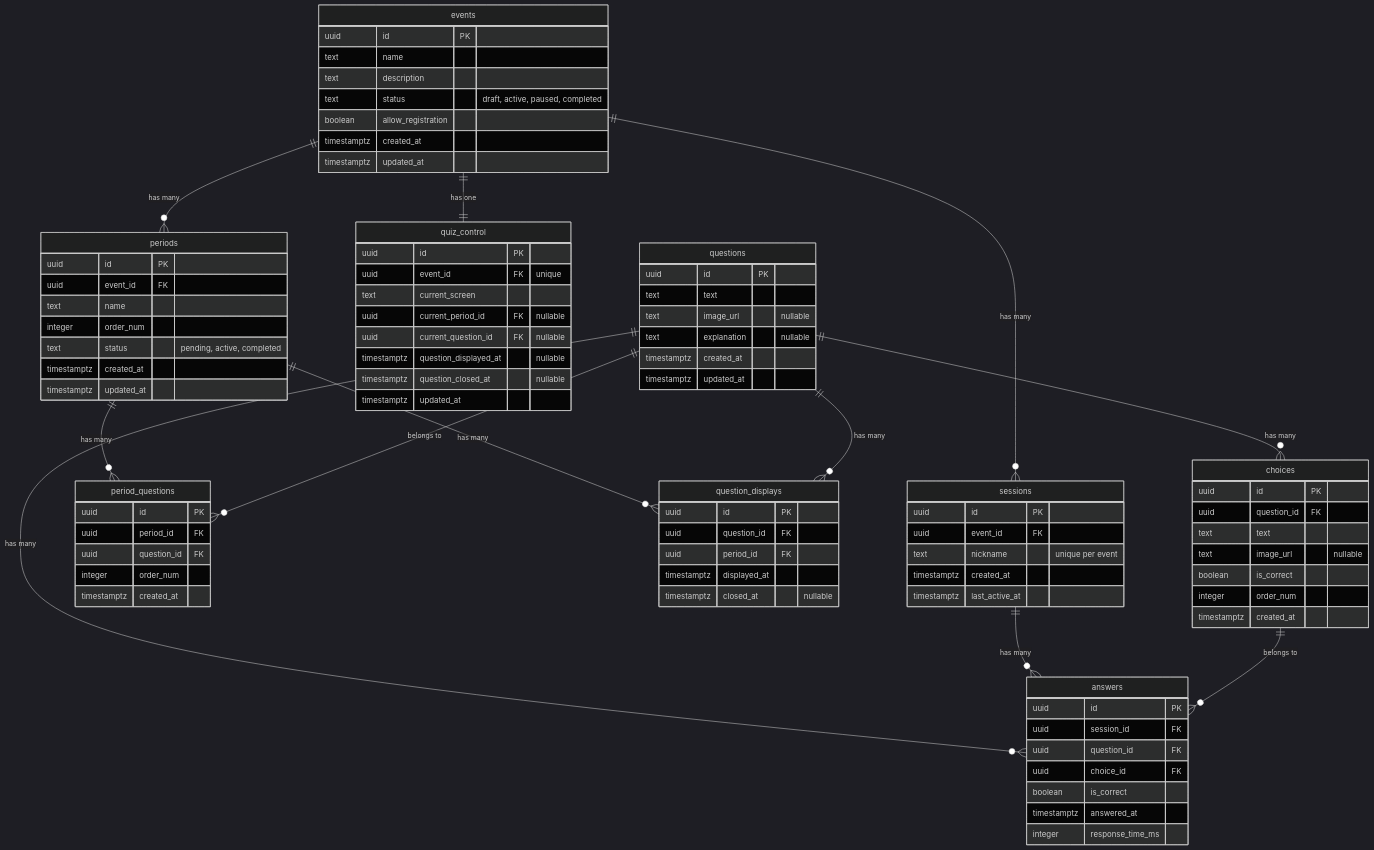
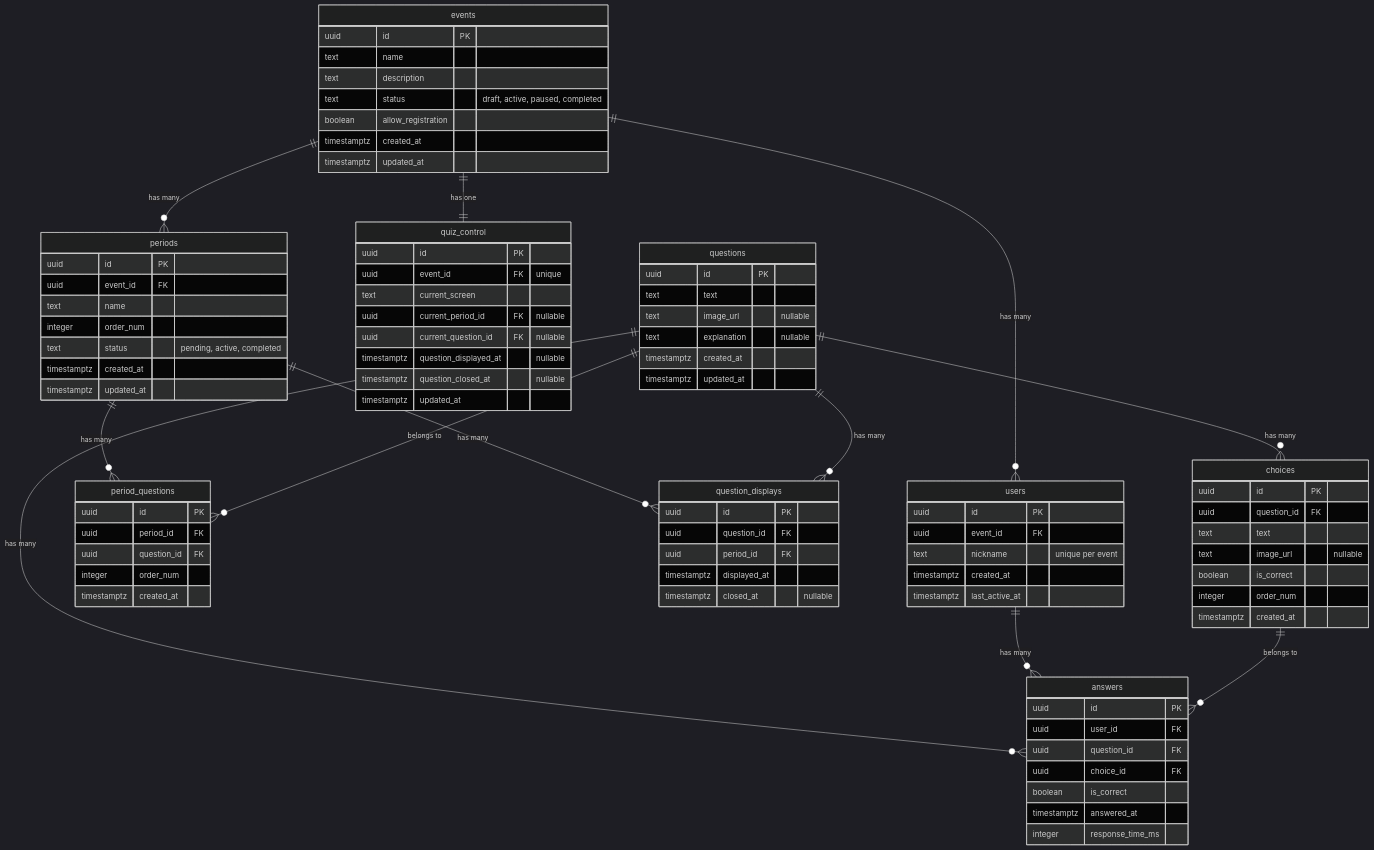
Before and after one commit to maaaaakoto35/PeriodQuiz: the diagram in docs/development/database.md, drawn with Mermaid (dark theme). The commit also changed other lines of this file and 32 other files, not shown here.

````diff
--- a/docs/development/database.md
+++ b/docs/development/database.md
@@ -10,7 +10,7 @@
 ```mermaid
 erDiagram
     events ||--o{ periods : "has many"
-    events ||--o{ sessions : "has many"
+    events ||--o{ users : "has many"
     events ||--|| quiz_control : "has one"
     
     periods ||--o{ period_questions : "has many"
@@ -21,7 +21,7 @@
     questions ||--o{ answers : "has many"
     questions ||--o{ question_displays : "has many"
     
-    sessions ||--o{ answers : "has many"
+    users ||--o{ answers : "has many"
     
     choices ||--o{ answers : "belongs to"
     
@@ -72,7 +72,7 @@
         timestamptz created_at
     }
     
-    sessions {
+    users {
         uuid id PK
         uuid event_id FK
         text nickname "unique per event"
@@ -82,7 +82,7 @@
     
     answers {
         uuid id PK
-        uuid session_id FK
+        uuid user_id FK
         uuid question_id FK
         uuid choice_id FK
         boolean is_correct
````
